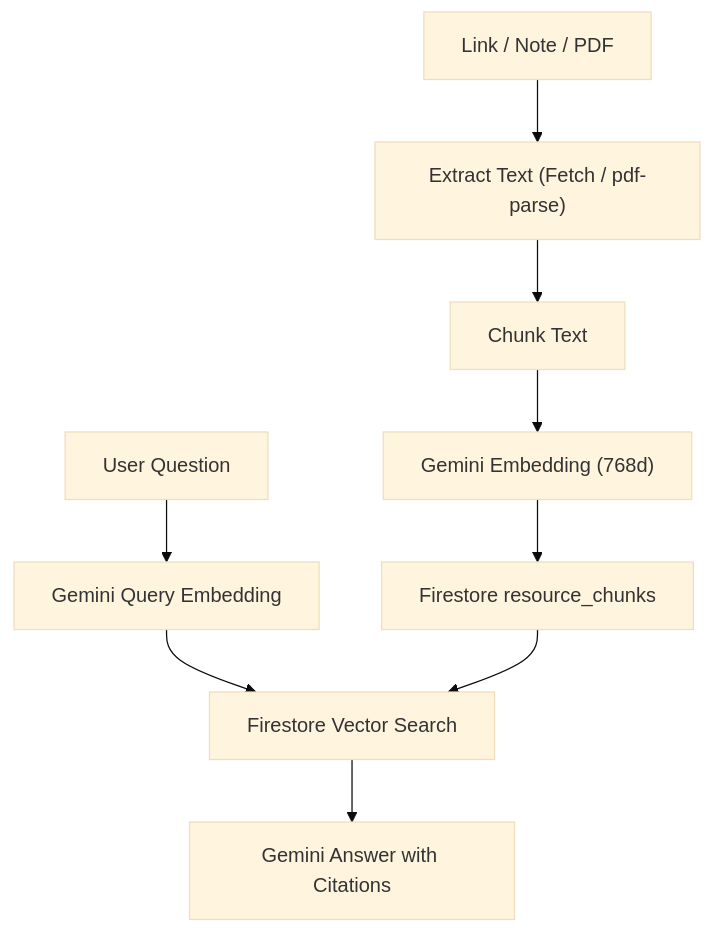
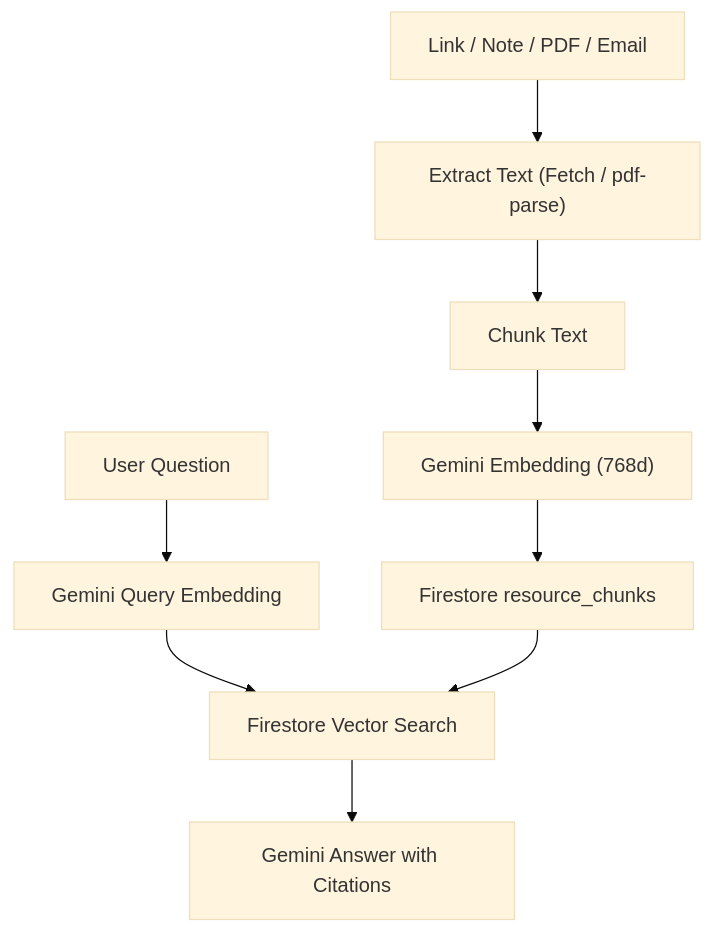
Before and after one commit to Rayan9064/dumpit: the diagram in README.md, drawn with Mermaid (base theme). The commit also changed other lines of this file, not shown here.

````diff
--- a/README.md
+++ b/README.md
@@ -49,11 +79,11 @@
 ```mermaid
 flowchart TD
-    Input["Link / Note / PDF"] --> Extract["Extract Text (Fetch / pdf-parse)"]
+    Input["Link / Note / PDF / Email"] --> Extract["Extract Text (Fetch / pdf-parse)"]
     Extract --> Chunk["Chunk Text"]
     Chunk --> Embed["Gemini Embedding (768d)"]
     Embed --> Store["Firestore resource_chunks"]
     Ask["User Question"] --> QueryEmbed["Gemini Query Embedding"]
     QueryEmbed --> Vector["Firestore Vector Search"]
     Store --> Vector
     Vector --> Answer["Gemini Answer with Citations"]
 ```
````
